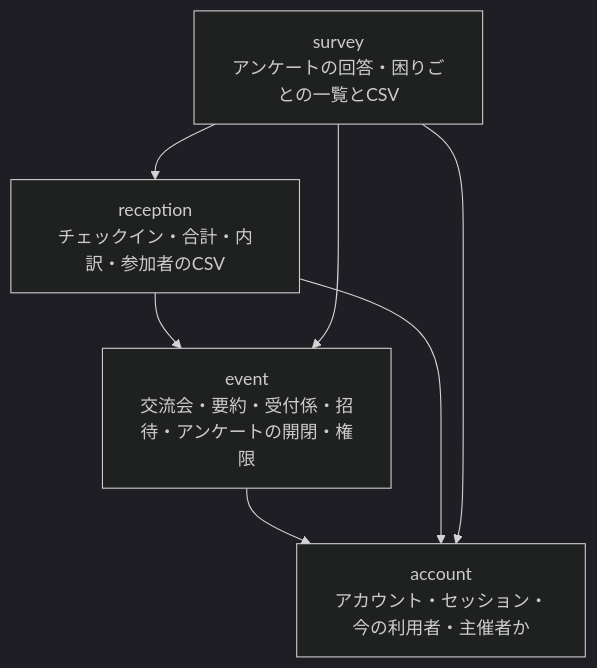
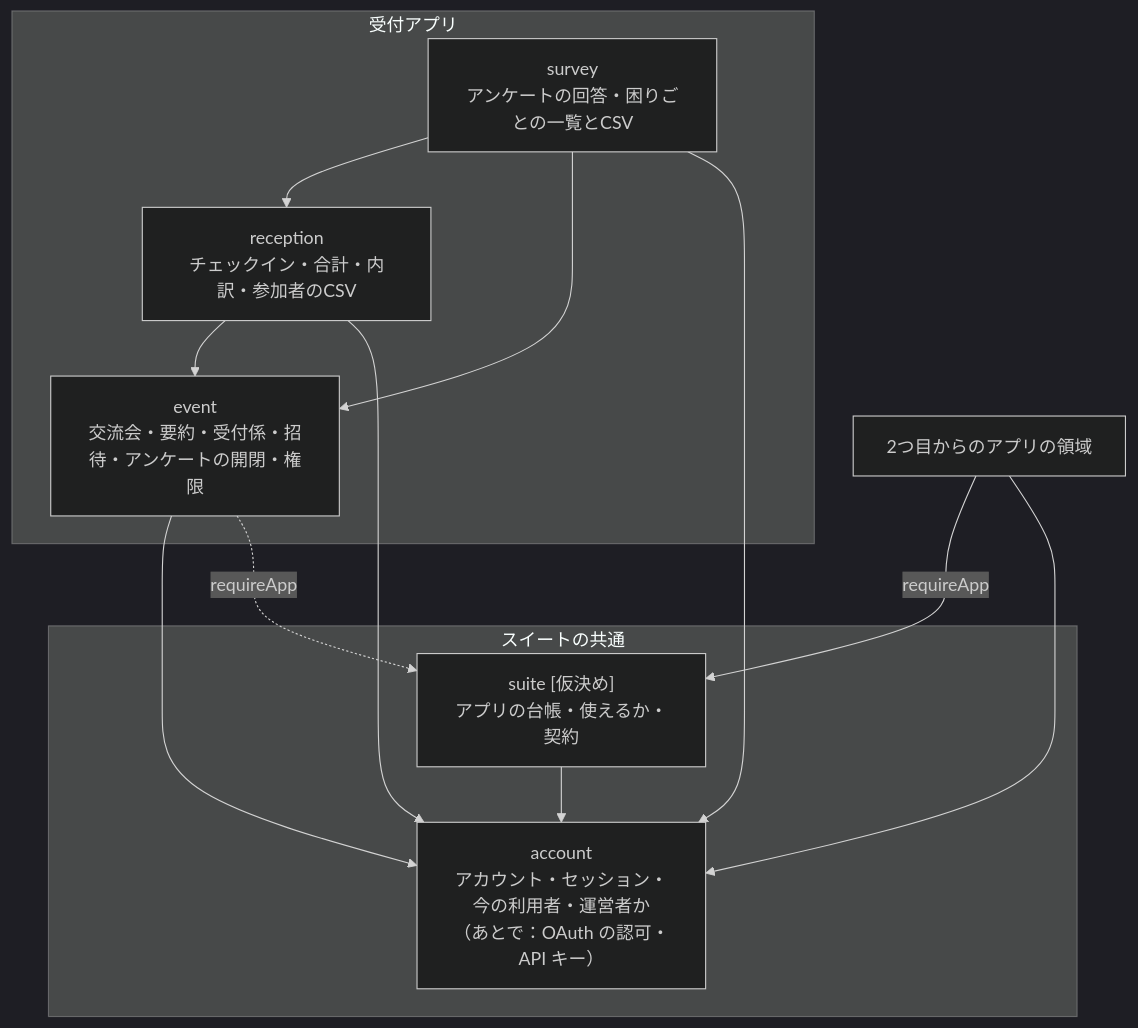
Before and after one commit to takumi-okuya-dev/kanaeru-apps: the first of 3 diagrams in _bmad-output/architecture-kanaeru/architecture-kanaeru.md, drawn with Mermaid (dark theme). The commit also changed other lines of this file and 11 other files, not shown here.

````diff
--- a/_bmad-output/architecture-kanaeru/architecture-kanaeru.md
+++ b/_bmad-output/architecture-kanaeru/architecture-kanaeru.md
@@ -26,13 +26,23 @@
 ```mermaid
 flowchart TB
-  account["account<br/>アカウント・セッション・今の利用者・主催者か"]
-  event["event<br/>交流会・要約・受付係・招待・アンケートの開閉・権限"]
-  reception["reception<br/>チェックイン・合計・内訳・参加者のCSV"]
-  survey["survey<br/>アンケートの回答・困りごとの一覧とCSV"]
+  subgraph common["スイートの共通"]
+    account["account<br/>アカウント・セッション・今の利用者・運営者か<br/>（あとで：OAuth の認可・API キー）"]
+    suite["suite [仮決め]<br/>アプリの台帳・使えるか・契約"]
+  end
+  subgraph reception_app["受付アプリ"]
+    event["event<br/>交流会・要約・受付係・招待・アンケートの開閉・権限"]
+    reception["reception<br/>チェックイン・合計・内訳・参加者のCSV"]
+    survey["survey<br/>アンケートの回答・困りごとの一覧とCSV"]
+  end
+  next["2つ目からのアプリの領域"]
+  suite --> account
   event --> account
   reception --> event
   reception --> account
   survey --> reception
   survey --> event
   survey --> account
+  event -.->|"requireApp"| suite
+  next -->|"requireApp"| suite
+  next --> account
 ```
````
